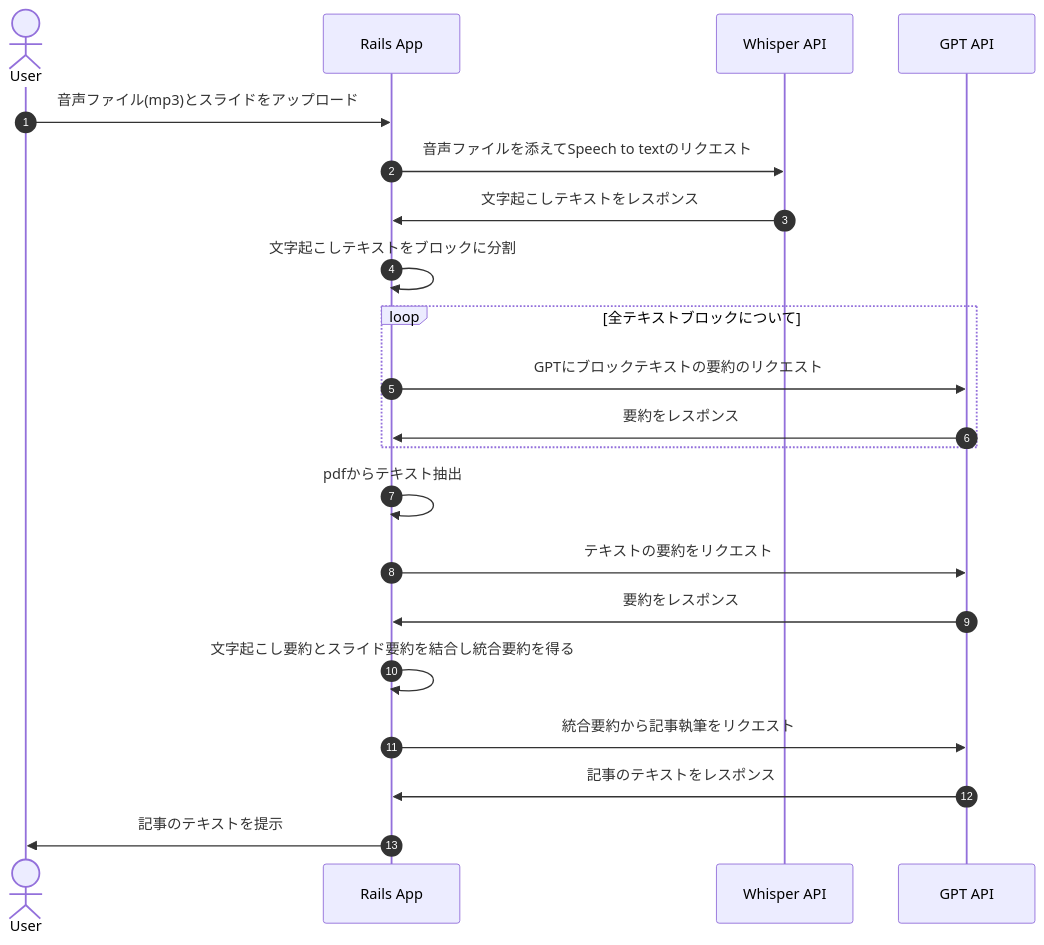
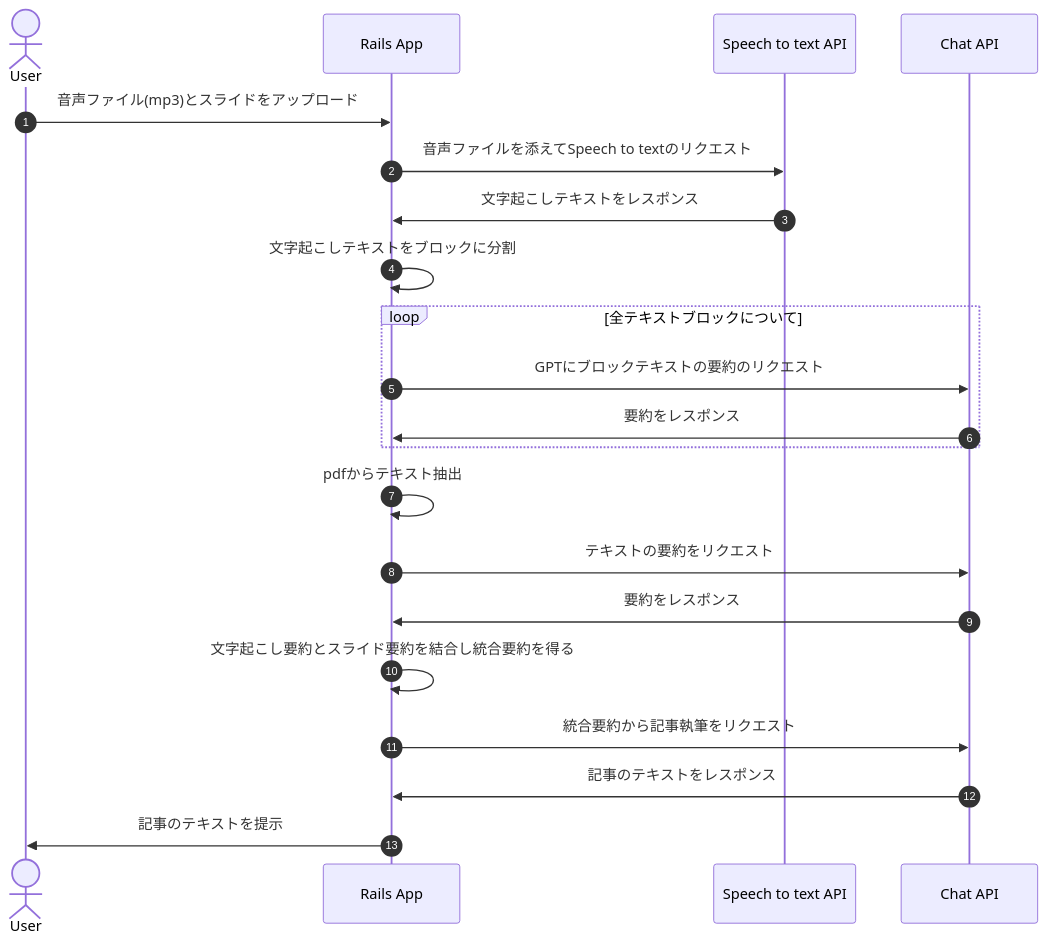
Before and after one commit to yuki-snow1823/speech-paradise: the first of 2 diagrams in README.md, drawn with Mermaid.

Commit message:
APIの名称を正式なものに変更

````diff
--- a/README.md
+++ b/README.md
@@ -15,23 +15,23 @@
 ```mermaid
 sequenceDiagram
 	autonumber
 	actor User
 	participant app as Rails App
-	participant api_whisper as Whisper API
-	participant api_gpt as GPT API
+	participant api_whisper as Speech to text API
+	participant api_gpt as Chat API
 	User->>app: 音声ファイル(mp3)とスライドをアップロード
 	app->>api_whisper: 音声ファイルを添えてSpeech to textのリクエスト
 	api_whisper ->> app: 文字起こしテキストをレスポンス
 	app ->> app: 文字起こしテキストをブロックに分割
 	loop 全テキストブロックについて
 		app ->> api_gpt: GPTにブロックテキストの要約のリクエスト
 		api_gpt ->> app: 要約をレスポンス
 	end
 	app->>app: pdfからテキスト抽出
 	app->>api_gpt: テキストの要約をリクエスト
   api_gpt->>app: 要約をレスポンス
 	app->>app: 文字起こし要約とスライド要約を結合し統合要約を得る
 	app->>api_gpt: 統合要約から記事執筆をリクエスト
 	api_gpt->>app: 記事のテキストをレスポンス
 	app->>User: 記事のテキストを提示
 ```
````
